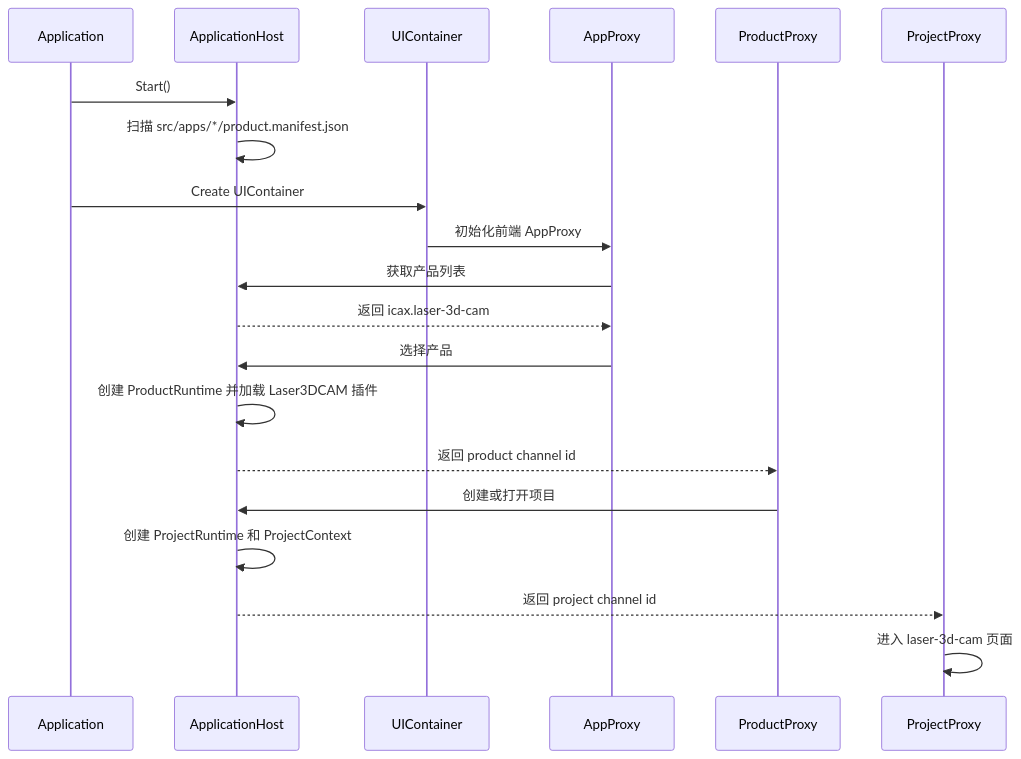
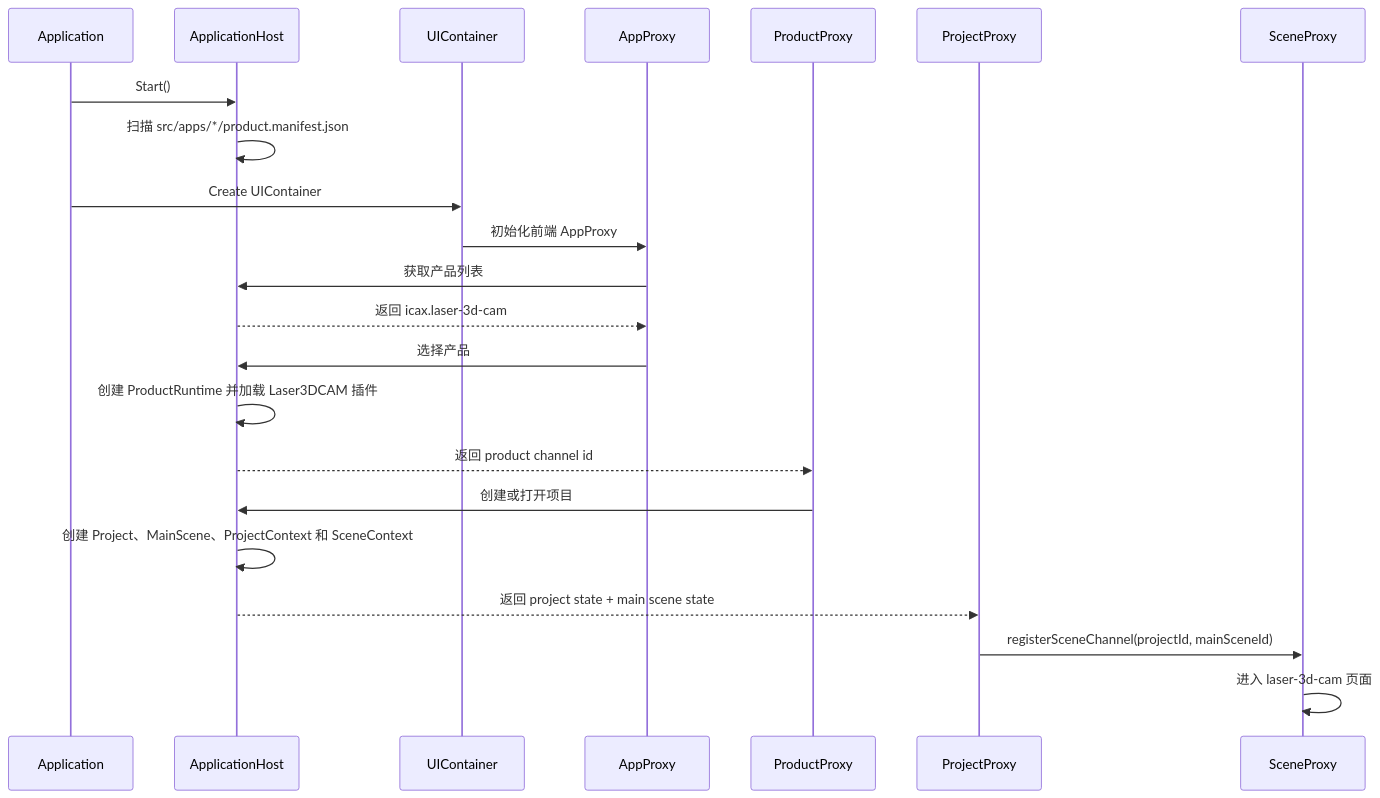
Before and after one commit to penguinchiang0609-ui/iCAX: the first of 6 diagrams in doc/iCAX-Engine/Products/Laser3DCAM/三维线条切割CAM产品方案文档.md, drawn with Mermaid. The commit also changed other lines of this file and 35358 other files, not shown here.

````diff
--- a/doc/iCAX-Engine/Products/Laser3DCAM/三维线条切割CAM产品方案文档.md
+++ b/doc/iCAX-Engine/Products/Laser3DCAM/三维线条切割CAM产品方案文档.md
@@ -127,23 +131,25 @@
 ```mermaid
 sequenceDiagram
     participant App as Application
     participant Host as ApplicationHost
     participant UI as UIContainer
     participant AppProxy as AppProxy
     participant ProductProxy as ProductProxy
     participant ProjectProxy as ProjectProxy
+    participant SceneProxy as SceneProxy
 
     App->>Host: Start()
     Host->>Host: 扫描 src/apps/*/product.manifest.json
     App->>UI: Create UIContainer
     UI->>AppProxy: 初始化前端 AppProxy
     AppProxy->>Host: 获取产品列表
     Host-->>AppProxy: 返回 icax.laser-3d-cam
     AppProxy->>Host: 选择产品
     Host->>Host: 创建 ProductRuntime 并加载 Laser3DCAM 插件
     Host-->>ProductProxy: 返回 product channel id
     ProductProxy->>Host: 创建或打开项目
-    Host->>Host: 创建 ProjectRuntime 和 ProjectContext
-    Host-->>ProjectProxy: 返回 project channel id
-    ProjectProxy->>ProjectProxy: 进入 laser-3d-cam 页面
+    Host->>Host: 创建 Project、MainScene、ProjectContext 和 SceneContext
+    Host-->>ProjectProxy: 返回 project state + main scene state
+    ProjectProxy->>SceneProxy: registerSceneChannel(projectId, mainSceneId)
+    SceneProxy->>SceneProxy: 进入 laser-3d-cam 页面
 ```
````
